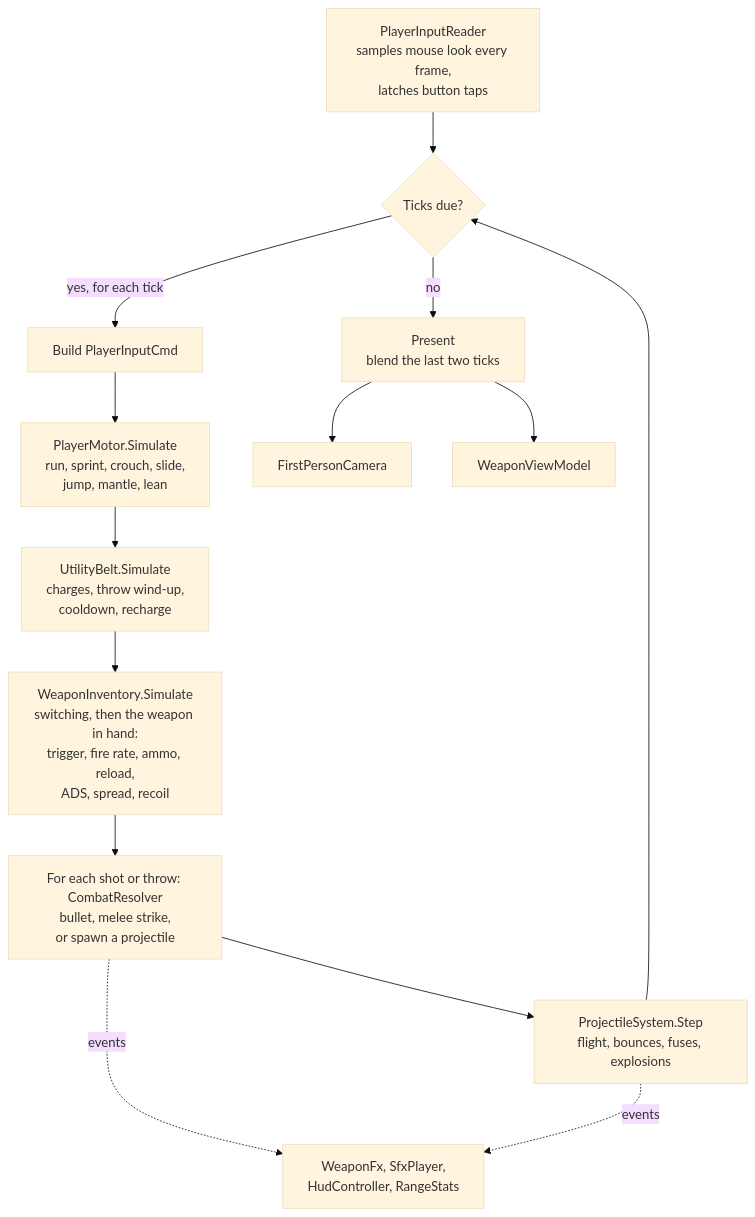
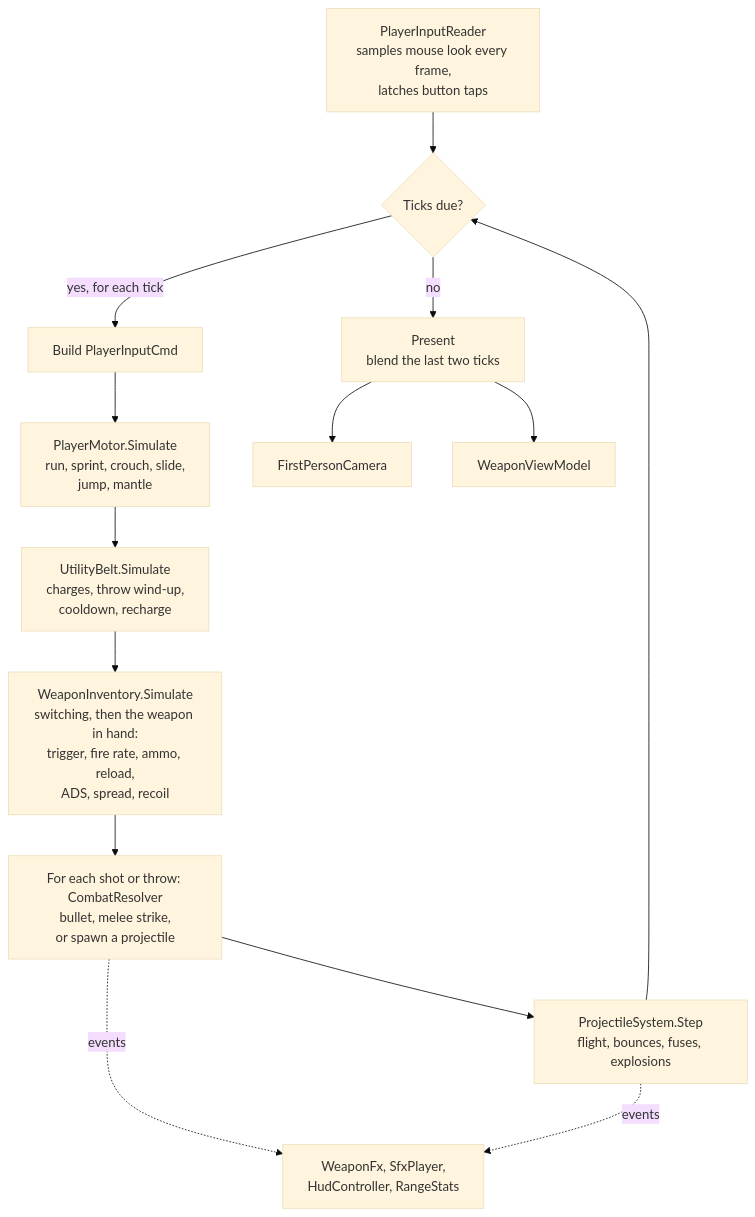
Before and after one commit to aidenobrad-ctrl/Claude: the second of 6 diagrams in pulsebreak/docs/ARCHITECTURE.md, drawn with Mermaid (base theme). The commit also changed other lines of this file and 19 other files, not shown here.

````diff
--- a/pulsebreak/docs/ARCHITECTURE.md
+++ b/pulsebreak/docs/ARCHITECTURE.md
@@ -149,16 +149,16 @@
 ```mermaid
 flowchart TD
     A[PlayerInputReader<br/>samples mouse look every frame,<br/>latches button taps] --> B{Ticks due?}
     B -- "yes, for each tick" --> C[Build PlayerInputCmd]
-    C --> D[PlayerMotor.Simulate<br/>run, sprint, crouch, slide,<br/>jump, mantle, lean]
+    C --> D[PlayerMotor.Simulate<br/>run, sprint, crouch, slide,<br/>jump, mantle]
     D --> U[UtilityBelt.Simulate<br/>charges, throw wind-up,<br/>cooldown, recharge]
     U --> E[WeaponInventory.Simulate<br/>switching, then the weapon in hand:<br/>trigger, fire rate, ammo, reload,<br/>ADS, spread, recoil]
     E --> F[For each shot or throw: CombatResolver<br/>bullet, melee strike,<br/>or spawn a projectile]
     F --> P[ProjectileSystem.Step<br/>flight, bounces, fuses, explosions]
     P --> B
     B -- "no" --> G[Present<br/>blend the last two ticks]
     G --> H[FirstPersonCamera]
     G --> I[WeaponViewModel]
     F -. events .-> J[WeaponFx, SfxPlayer,<br/>HudController, RangeStats]
     P -. events .-> J
 ```
````
